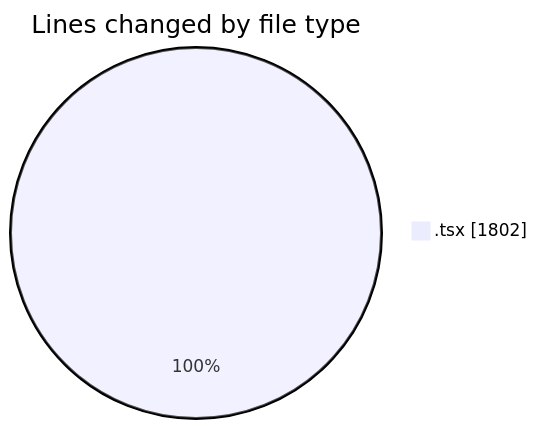
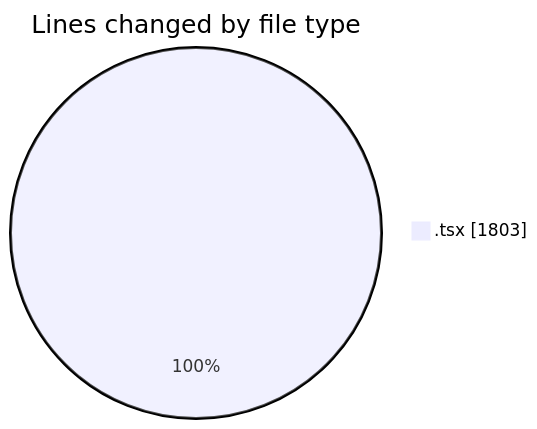
One commit to nxtqubesakshisongat/code-tracking changed the first of 2 diagrams in 2026-03-18/nxtqube_webapp/README.md. Above: the diagram before and after it, drawn with Mermaid. The commit also changed other lines of this file and 1 other file, not shown here.

````diff
--- a/2026-03-18/nxtqube_webapp/README.md
+++ b/2026-03-18/nxtqube_webapp/README.md
@@ -23,5 +23,5 @@
 ```mermaid
 pie showData
 title Lines changed by file type
-".tsx" : 1802
+".tsx" : 1803
 ```
````
